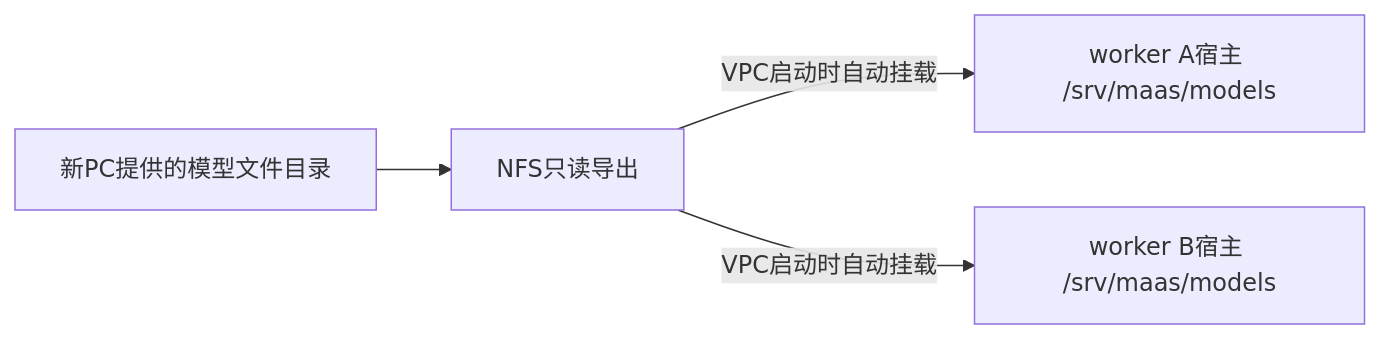
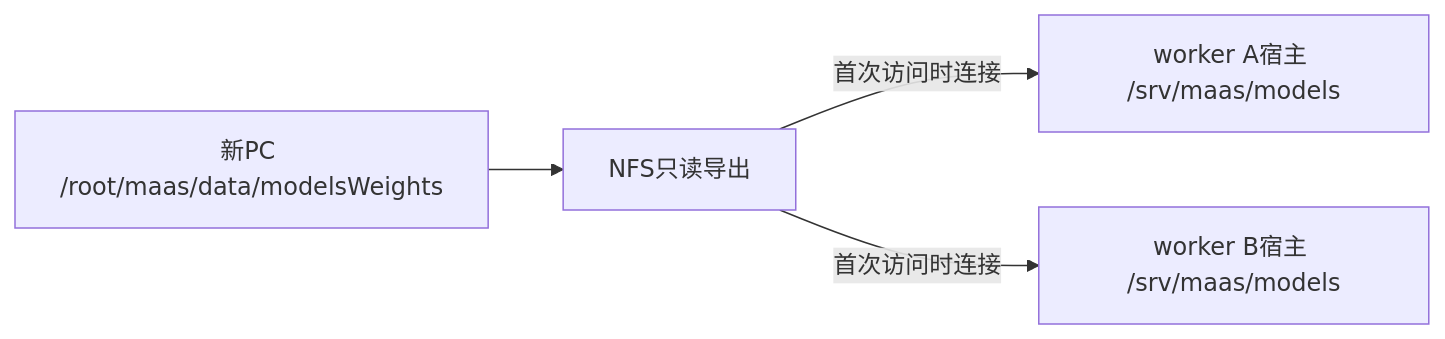
The diagram in docs/framework/MODEL-WEIGHTS-NFS.md (WTaoGitHub/cybercafe-maas), drawn with Mermaid before and after one commit. The commit also changed other lines of this file and 19 other files, not shown here.

````diff
--- a/docs/framework/MODEL-WEIGHTS-NFS.md
+++ b/docs/framework/MODEL-WEIGHTS-NFS.md
@@ -11,6 +11,6 @@
 ```mermaid
 flowchart LR
-  S[新PC提供的模型文件目录] --> N[NFS只读导出]
-  N -->|VPC启动时自动挂载| W1[worker A宿主 /srv/maas/models]
-  N -->|VPC启动时自动挂载| W2[worker B宿主 /srv/maas/models]
+  S[新PC /root/maas/data/modelsWeights] --> N[NFS只读导出]
+  N -->|首次访问时连接| W1[worker A宿主 /srv/maas/models]
+  N -->|首次访问时连接| W2[worker B宿主 /srv/maas/models]
 ```
````
